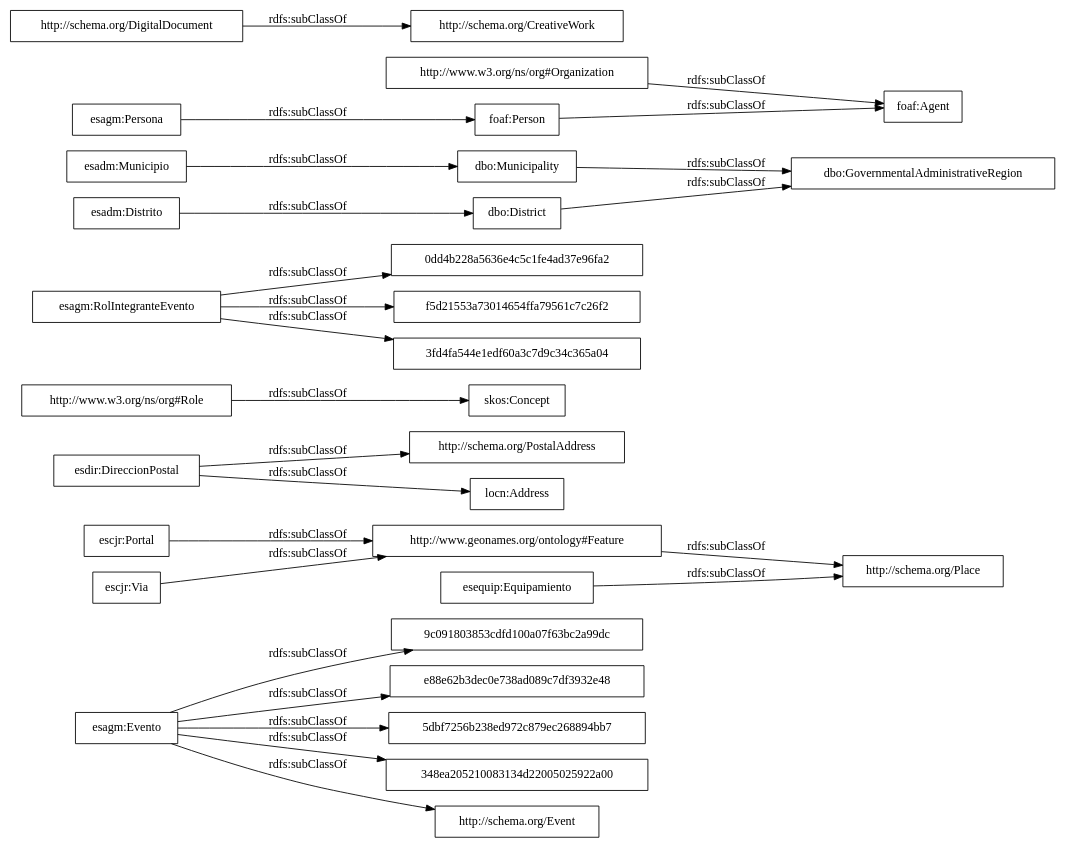
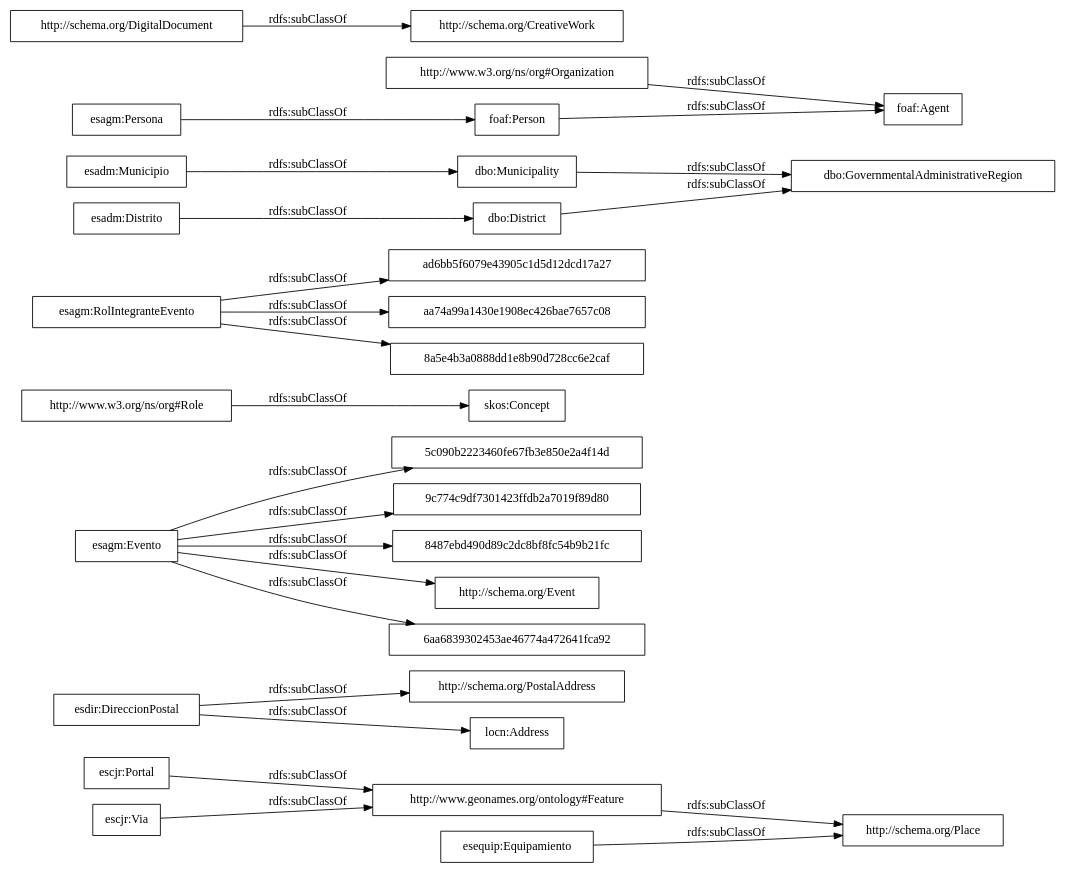
Before and after one commit to CiudadesAbiertas/vocab-sector-publico-agenda-municipal: the diagram in OnToology/ontology/agenda-municipal.owl/diagrams/ar2dtool-taxonomy/agenda-municipal.owl.png.dot, drawn with Graphviz. The commit also changed 9 other files, not shown here.

```diff
--- a/OnToology/ontology/agenda-municipal.owl/diagrams/ar2dtool-taxonomy/agenda-municipal.owl.png.dot
+++ b/OnToology/ontology/agenda-municipal.owl/diagrams/ar2dtool-taxonomy/agenda-municipal.owl.png.dot
@@ -1,29 +1,29 @@
 digraph ar2dtool_diagram { 
 rankdir=LR;
 size="1000"
-node [shape = rectangle, color="black"]; "9c091803853cdfd100a07f63bc2a99dc" "escjr:Portal" "esdir:DireccionPostal" "http://www.w3.org/ns/org#Role" "http://www.geonames.org/ontology#Feature" "esagm:RolIntegranteEvento" "e88e62b3dec0e738ad089c7df3932e48" "escjr:Via" "esagm:Evento" "esadm:Municipio" "foaf:Person" "http://schema.org/PostalAddress" "http://schema.org/CreativeWork" "0dd4b228a5636e4c5c1fe4ad37e96fa2" "f5d21553a73014654ffa79561c7c26f2" "locn:Address" "http://www.w3.org/ns/org#Organization" "esagm:Persona" "foaf:Agent" "dbo:GovernmentalAdministrativeRegion" "3fd4fa544e1edf60a3c7d9c34c365a04" "5dbf7256b238ed972c879ec268894bb7" "skos:Concept" "http://schema.org/Place" "348ea205210083134d22005025922a00" "http://schema.org/DigitalDocument" "dbo:District" "http://schema.org/Event" "esequip:Equipamiento" "dbo:Municipality" "esadm:Distrito" ; /*classes style*/
+node [shape = rectangle, color="black"]; "escjr:Portal" "esdir:DireccionPostal" "5c090b2223460fe67fb3e850e2a4f14d" "9c774c9df7301423ffdb2a7019f89d80" "http://www.w3.org/ns/org#Role" "http://www.geonames.org/ontology#Feature" "esagm:RolIntegranteEvento" "escjr:Via" "esagm:Evento" "esadm:Municipio" "ad6bb5f6079e43905c1d5d12dcd17a27" "foaf:Person" "http://schema.org/PostalAddress" "http://schema.org/CreativeWork" "locn:Address" "http://www.w3.org/ns/org#Organization" "aa74a99a1430e1908ec426bae7657c08" "esagm:Persona" "foaf:Agent" "dbo:GovernmentalAdministrativeRegion" "skos:Concept" "http://schema.org/Place" "8a5e4b3a0888dd1e8b90d728cc6e2caf" "http://schema.org/DigitalDocument" "8487ebd490d89c2dc8bf8fc54b9b21fc" "dbo:District" "http://schema.org/Event" "esequip:Equipamiento" "6aa6839302453ae46774a472641fca92" "dbo:Municipality" "esadm:Distrito" ; /*classes style*/
 	"http://www.geonames.org/ontology#Feature" -> "http://schema.org/Place" [ label = "rdfs:subClassOf" ];
 	"http://www.w3.org/ns/org#Organization" -> "foaf:Agent" [ label = "rdfs:subClassOf" ];
 	"http://www.w3.org/ns/org#Role" -> "skos:Concept" [ label = "rdfs:subClassOf" ];
 	"foaf:Person" -> "foaf:Agent" [ label = "rdfs:subClassOf" ];
 	"esadm:Distrito" -> "dbo:District" [ label = "rdfs:subClassOf" ];
 	"esagm:Persona" -> "foaf:Person" [ label = "rdfs:subClassOf" ];
 	"dbo:Municipality" -> "dbo:GovernmentalAdministrativeRegion" [ label = "rdfs:subClassOf" ];
 	"escjr:Portal" -> "http://www.geonames.org/ontology#Feature" [ label = "rdfs:subClassOf" ];
 	"dbo:District" -> "dbo:GovernmentalAdministrativeRegion" [ label = "rdfs:subClassOf" ];
-	"esagm:Evento" -> "348ea205210083134d22005025922a00" [ label = "rdfs:subClassOf" ];
 	"esagm:Evento" -> "http://schema.org/Event" [ label = "rdfs:subClassOf" ];
-	"esagm:Evento" -> "9c091803853cdfd100a07f63bc2a99dc" [ label = "rdfs:subClassOf" ];
-	"esagm:Evento" -> "e88e62b3dec0e738ad089c7df3932e48" [ label = "rdfs:subClassOf" ];
-	"esagm:Evento" -> "5dbf7256b238ed972c879ec268894bb7" [ label = "rdfs:subClassOf" ];
+	"esagm:Evento" -> "5c090b2223460fe67fb3e850e2a4f14d" [ label = "rdfs:subClassOf" ];
+	"esagm:Evento" -> "8487ebd490d89c2dc8bf8fc54b9b21fc" [ label = "rdfs:subClassOf" ];
+	"esagm:Evento" -> "6aa6839302453ae46774a472641fca92" [ label = "rdfs:subClassOf" ];
+	"esagm:Evento" -> "9c774c9df7301423ffdb2a7019f89d80" [ label = "rdfs:subClassOf" ];
 	"esequip:Equipamiento" -> "http://schema.org/Place" [ label = "rdfs:subClassOf" ];
 	"escjr:Via" -> "http://www.geonames.org/ontology#Feature" [ label = "rdfs:subClassOf" ];
 	"http://schema.org/DigitalDocument" -> "http://schema.org/CreativeWork" [ label = "rdfs:subClassOf" ];
-	"esagm:RolIntegranteEvento" -> "f5d21553a73014654ffa79561c7c26f2" [ label = "rdfs:subClassOf" ];
-	"esagm:RolIntegranteEvento" -> "0dd4b228a5636e4c5c1fe4ad37e96fa2" [ label = "rdfs:subClassOf" ];
-	"esagm:RolIntegranteEvento" -> "3fd4fa544e1edf60a3c7d9c34c365a04" [ label = "rdfs:subClassOf" ];
+	"esagm:RolIntegranteEvento" -> "aa74a99a1430e1908ec426bae7657c08" [ label = "rdfs:subClassOf" ];
+	"esagm:RolIntegranteEvento" -> "ad6bb5f6079e43905c1d5d12dcd17a27" [ label = "rdfs:subClassOf" ];
+	"esagm:RolIntegranteEvento" -> "8a5e4b3a0888dd1e8b90d728cc6e2caf" [ label = "rdfs:subClassOf" ];
 	"esdir:DireccionPostal" -> "locn:Address" [ label = "rdfs:subClassOf" ];
 	"esdir:DireccionPostal" -> "http://schema.org/PostalAddress" [ label = "rdfs:subClassOf" ];
 	"esadm:Municipio" -> "dbo:Municipality" [ label = "rdfs:subClassOf" ];
 
 }
```
